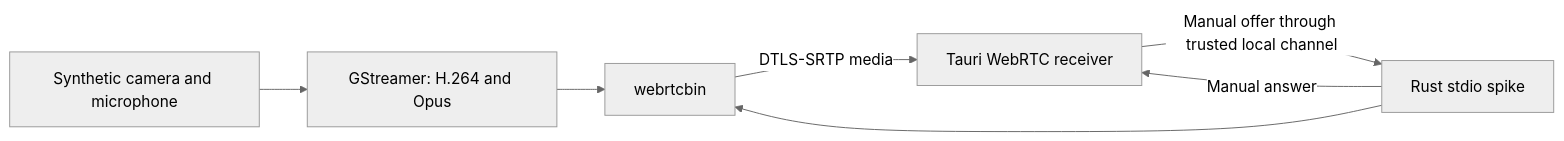
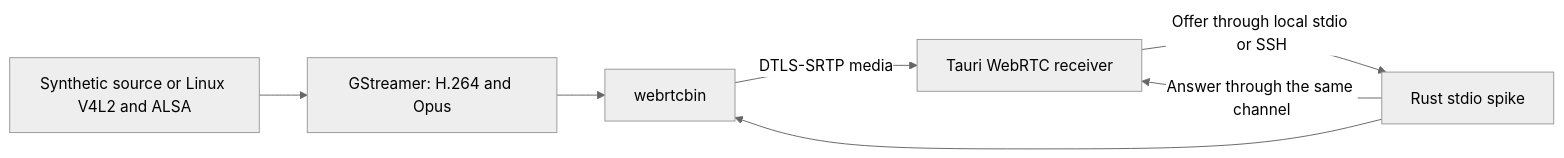
Before and after one commit to brunohanss/raspbaby-monitor: the diagram in README.md, drawn with Mermaid (neutral theme). The commit also changed other lines of this file and 66 other files, not shown here.

````diff
--- a/README.md
+++ b/README.md
@@ -38,9 +84,9 @@
 ```mermaid
 flowchart LR
-  S[Synthetic camera and microphone] --> G[GStreamer: H.264 and Opus]
+  S[Synthetic source or Linux V4L2 and ALSA] --> G[GStreamer: H.264 and Opus]
   G --> W[webrtcbin]
   W -->|DTLS-SRTP media| T[Tauri WebRTC receiver]
-  T -->|Manual offer through trusted local channel| D[Rust stdio spike]
-  D -->|Manual answer| T
+  T -->|Offer through local stdio or SSH| D[Rust stdio spike]
+  D -->|Answer through the same channel| T
   D --> W
 ```
````
